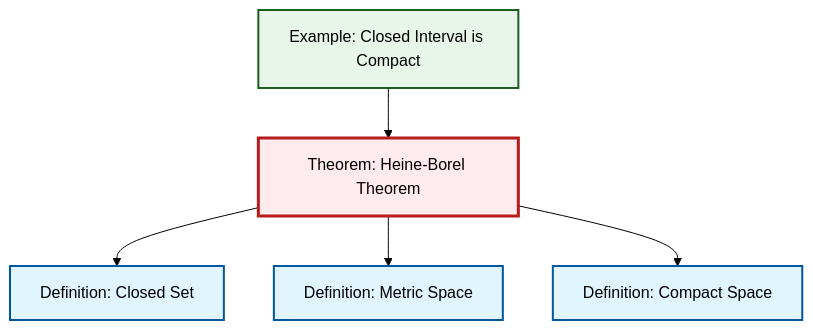
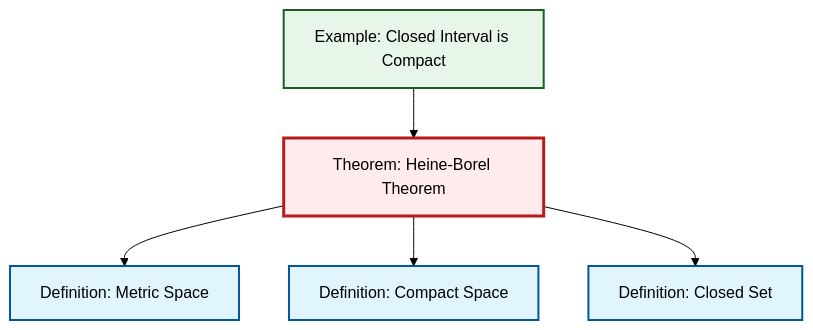
One commit to RK0429/ModernMath changed the diagram in content/ja/topology/thm-heine-borel.qmd. Above: the diagram before and after it, drawn with Mermaid (forest theme). The commit also changed other lines of this file and 434 other files, not shown here.

````diff
--- a/content/ja/topology/thm-heine-borel.qmd
+++ b/content/ja/topology/thm-heine-borel.qmd
@@ -49,23 +49,23 @@
 ```{mermaid}
 %%| fig-cap: "Local dependency graph"
 graph TD
     classDef definition fill:#e1f5fe,stroke:#01579b,stroke-width:2px
     classDef theorem fill:#f3e5f5,stroke:#4a148c,stroke-width:2px
     classDef axiom fill:#fff3e0,stroke:#e65100,stroke-width:2px
     classDef example fill:#e8f5e9,stroke:#1b5e20,stroke-width:2px
     classDef current fill:#ffebee,stroke:#b71c1c,stroke-width:3px
-    def-compact["Definition: Compact Space"]:::definition
+    def-closed-set["Definition: Closed Set"]:::definition
     ex-closed-interval-compact["Example: Closed Interval is Compact"]:::example
-    def-closed-set["Definition: Closed Set"]:::definition
     def-metric-space["Definition: Metric Space"]:::definition
     thm-heine-borel["Theorem: Heine-Borel Theorem"]:::theorem
+    def-compact["Definition: Compact Space"]:::definition
+    ex-closed-interval-compact --> thm-heine-borel
+    thm-heine-borel --> def-metric-space
+    thm-heine-borel --> def-compact
     thm-heine-borel --> def-closed-set
-    thm-heine-borel --> def-metric-space
-    ex-closed-interval-compact --> thm-heine-borel
-    thm-heine-borel --> def-compact
     class thm-heine-borel current
+    click def-closed-set "def-closed-set.html" "Definition: Closed Setへ"
+    click ex-closed-interval-compact "ex-closed-interval-compact.html" "Example: Closed Interval is Compactへ"
+    click def-metric-space "def-metric-space.html" "Definition: Metric Spaceへ"
     click def-compact "def-compact.html" "Definition: Compact Spaceへ"
-    click ex-closed-interval-compact "ex-closed-interval-compact.html" "Example: Closed Interval is Compactへ"
-    click def-closed-set "def-closed-set.html" "Definition: Closed Setへ"
-    click def-metric-space "def-metric-space.html" "Definition: Metric Spaceへ"
 ```
````
